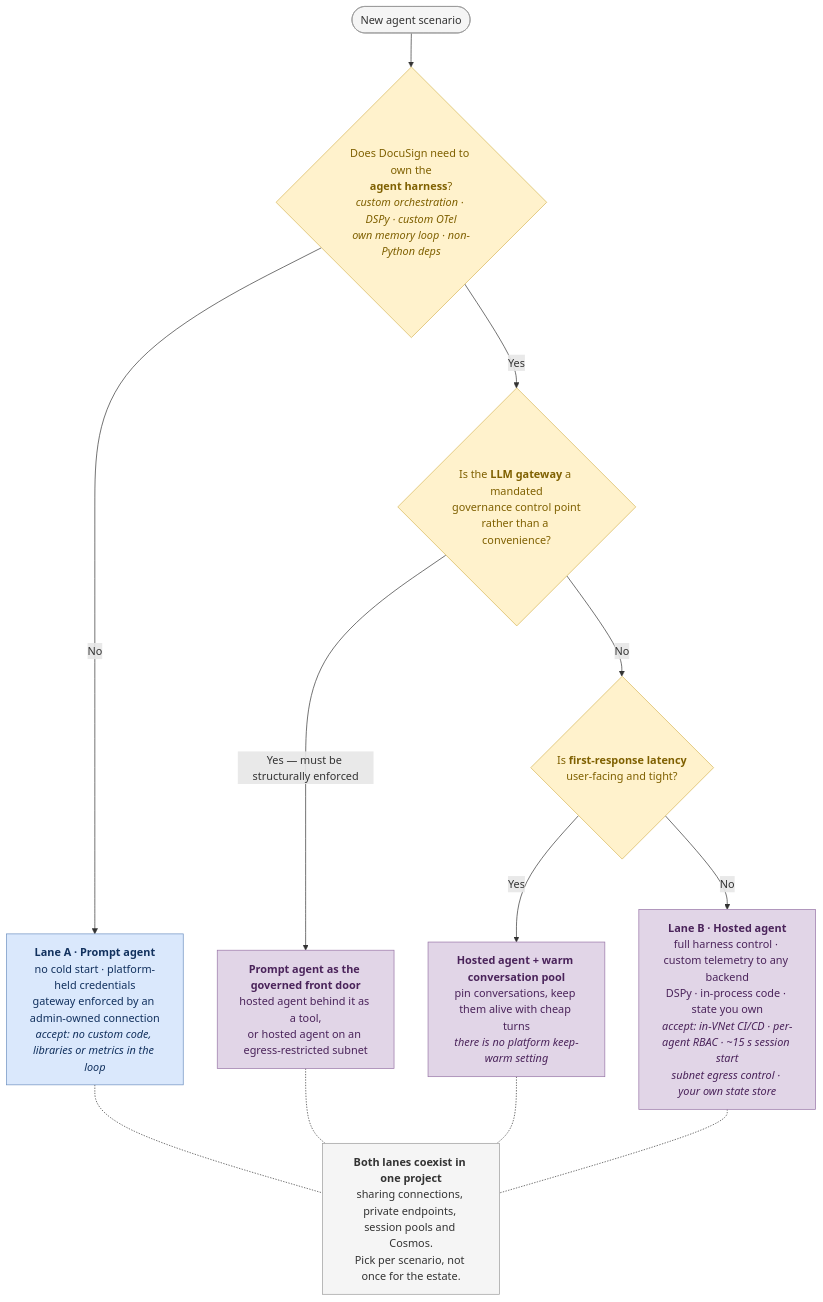
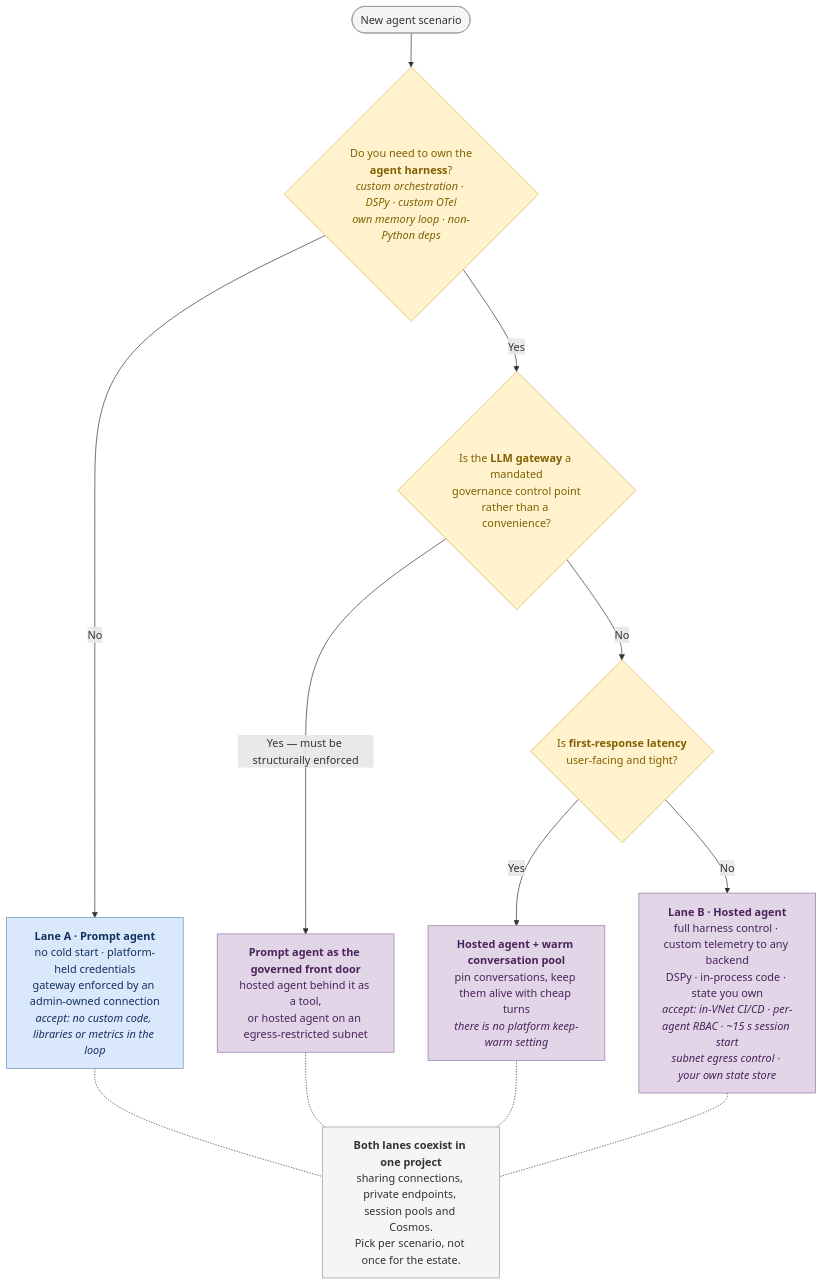
One commit to james-tn/foundry-agent-secure-patterns changed the second of 2 diagrams in README.md. Above: the diagram before and after it, drawn with Mermaid. The commit also changed other lines of this file and 10 other files, not shown here.

````diff
--- a/README.md
+++ b/README.md
@@ -135,35 +134,35 @@
 ```mermaid
 flowchart TB
   START(["New agent scenario"])
-  Q1{"Does DocuSign need to own the<br/><b>agent harness</b>?<br/><i>custom orchestration · DSPy · custom OTel<br/>own memory loop · non-Python deps</i>"}
+  Q1{"Do you need to own the<br/><b>agent harness</b>?<br/><i>custom orchestration · DSPy · custom OTel<br/>own memory loop · non-Python deps</i>"}
   Q2{"Is the <b>LLM gateway</b> a mandated<br/>governance control point<br/>rather than a convenience?"}
   Q3{"Is <b>first-response latency</b><br/>user-facing and tight?"}
 
   PROMPT["<b>Lane A · Prompt agent</b><br/>no cold start · platform-held credentials<br/>gateway enforced by an admin-owned connection<br/><i>accept: no custom code, libraries or metrics in the loop</i>"]
   HOSTED["<b>Lane B · Hosted agent</b><br/>full harness control · custom telemetry to any backend<br/>DSPy · in-process code · state you own<br/><i>accept: in-VNet CI/CD · per-agent RBAC · ~15 s session start<br/>subnet egress control · your own state store</i>"]
   MIX["<b>Prompt agent as the governed front door</b><br/>hosted agent behind it as a tool,<br/>or hosted agent on an egress-restricted subnet"]
   WARM["<b>Hosted agent + warm conversation pool</b><br/>pin conversations, keep them alive with cheap turns<br/><i>there is no platform keep-warm setting</i>"]
 
   START --> Q1
   Q1 -->|"No"| PROMPT
   Q1 -->|"Yes"| Q2
   Q2 -->|"Yes — must be structurally enforced"| MIX
   Q2 -->|"No"| Q3
   Q3 -->|"Yes"| WARM
   Q3 -->|"No"| HOSTED
 
   NOTE["<b>Both lanes coexist in one project</b><br/>sharing connections, private endpoints, session pools and Cosmos.<br/>Pick per scenario, not once for the estate."]
   PROMPT -.- NOTE
   MIX -.- NOTE
   WARM -.- NOTE
   HOSTED -.- NOTE
 
   classDef a fill:#dae8fc,stroke:#6c8ebf,color:#12315e
   classDef b fill:#e1d5e7,stroke:#9673a6,color:#4a235a
   classDef q fill:#fff2cc,stroke:#d6b656,color:#7f6000
   classDef n fill:#f5f5f5,stroke:#999,color:#333
   class PROMPT a
   class HOSTED,WARM,MIX b
   class Q1,Q2,Q3 q
   class NOTE,START n
 ```
````
